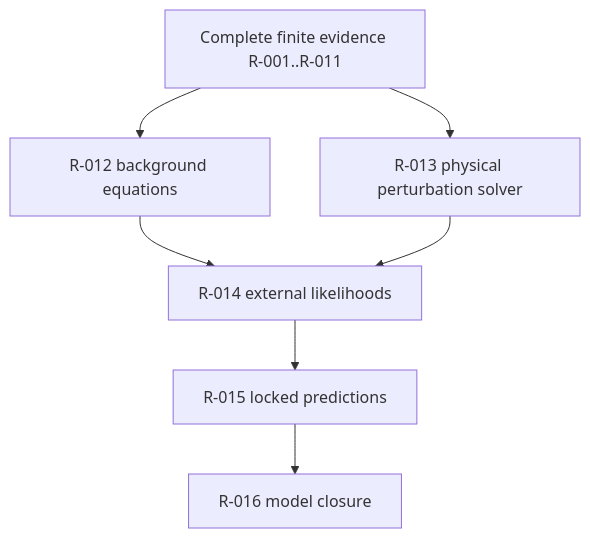
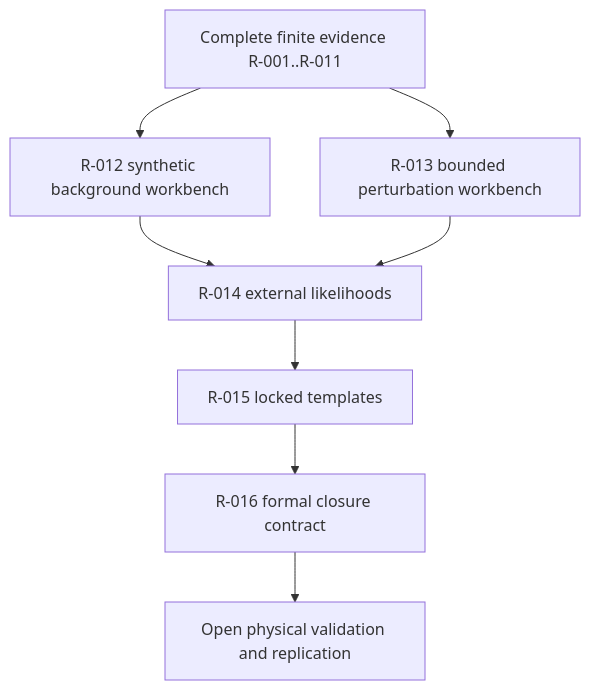
One commit to flynn33/ASH-Model changed the diagram in wiki/Science-Roadmap.md. Above: the diagram before and after it, drawn with Mermaid. The commit also changed other lines of this file and 10 other files, not shown here.

Commit message:
Refresh roadmap documentation consistency

````diff
--- a/wiki/Science-Roadmap.md
+++ b/wiki/Science-Roadmap.md
@@ -17,9 +21,10 @@
 ```mermaid
 flowchart TD
-    A["Complete finite evidence R-001..R-011"] --> B["R-012 background equations"]
-    A --> C["R-013 physical perturbation solver"]
+    A["Complete finite evidence R-001..R-011"] --> B["R-012 synthetic background workbench"]
+    A --> C["R-013 bounded perturbation workbench"]
     B --> D["R-014 external likelihoods"]
     C --> D
-    D --> E["R-015 locked predictions"]
-    E --> F["R-016 model closure"]
+    D --> E["R-015 locked templates"]
+    E --> F["R-016 formal closure contract"]
+    F --> G["Open physical validation and replication"]
 ```
````
